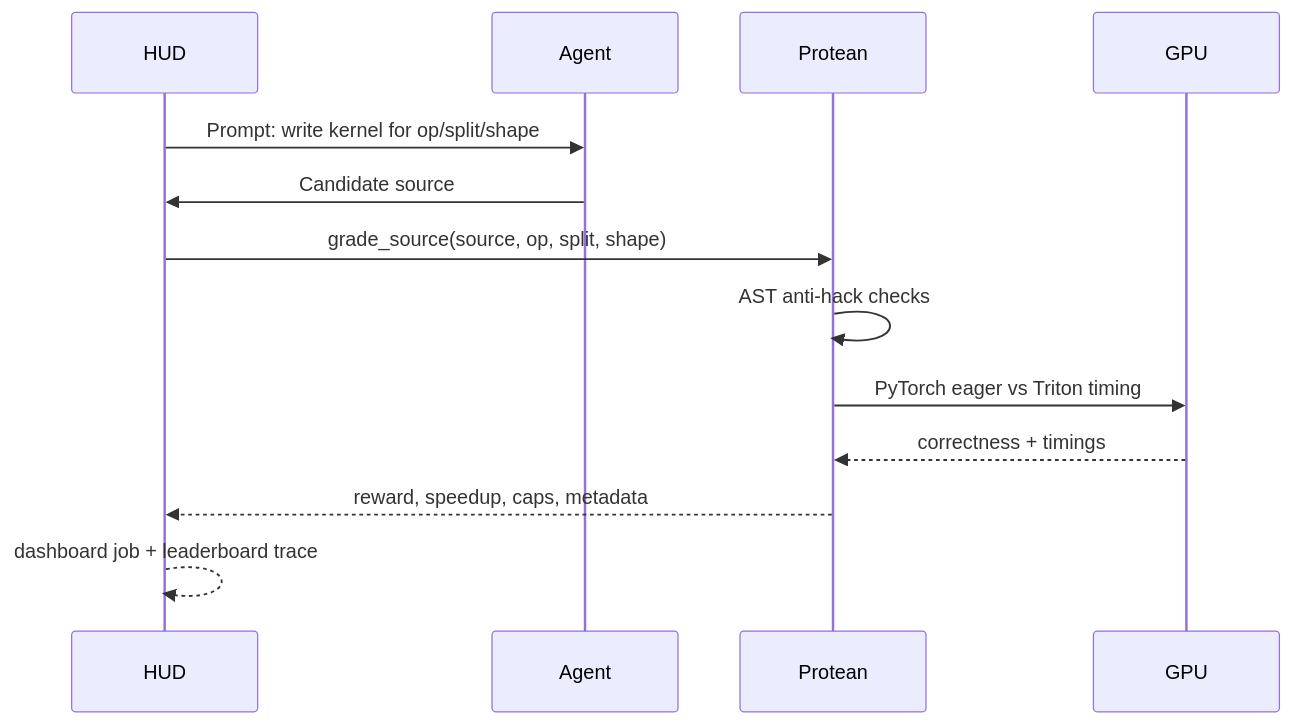
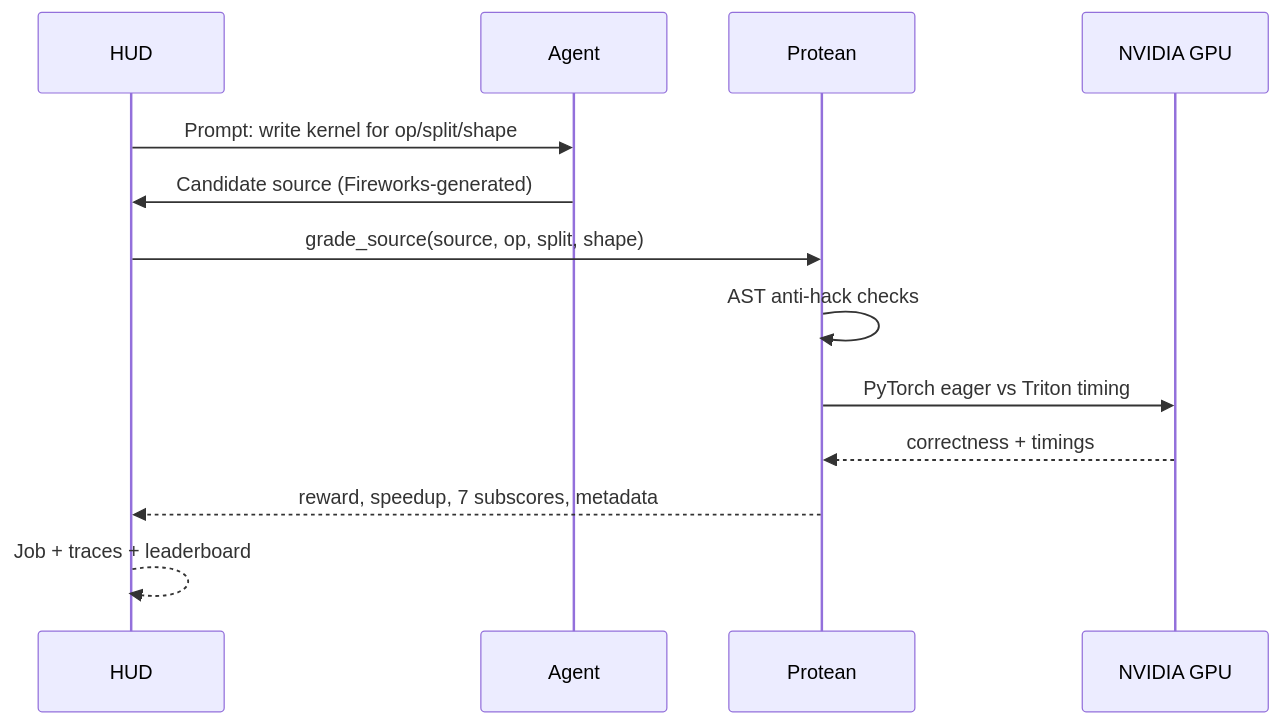
Before and after one commit to nihalnihalani/protean: the second of 2 diagrams in README.md, drawn with Mermaid. The commit also changed other lines of this file, not shown here.

````diff
--- a/README.md
+++ b/README.md
@@ -87,16 +111,16 @@
 ```mermaid
 sequenceDiagram
     participant HUD
     participant Agent
     participant Protean
-    participant GPU
+    participant GPU as NVIDIA GPU
 
     HUD->>Agent: Prompt: write kernel for op/split/shape
-    Agent->>HUD: Candidate source
+    Agent->>HUD: Candidate source (Fireworks-generated)
     HUD->>Protean: grade_source(source, op, split, shape)
     Protean->>Protean: AST anti-hack checks
     Protean->>GPU: PyTorch eager vs Triton timing
     GPU-->>Protean: correctness + timings
-    Protean-->>HUD: reward, speedup, caps, metadata
-    HUD-->>HUD: dashboard job + leaderboard trace
+    Protean-->>HUD: reward, speedup, 7 subscores, metadata
+    HUD-->>HUD: Job + traces + leaderboard
 ```
````
